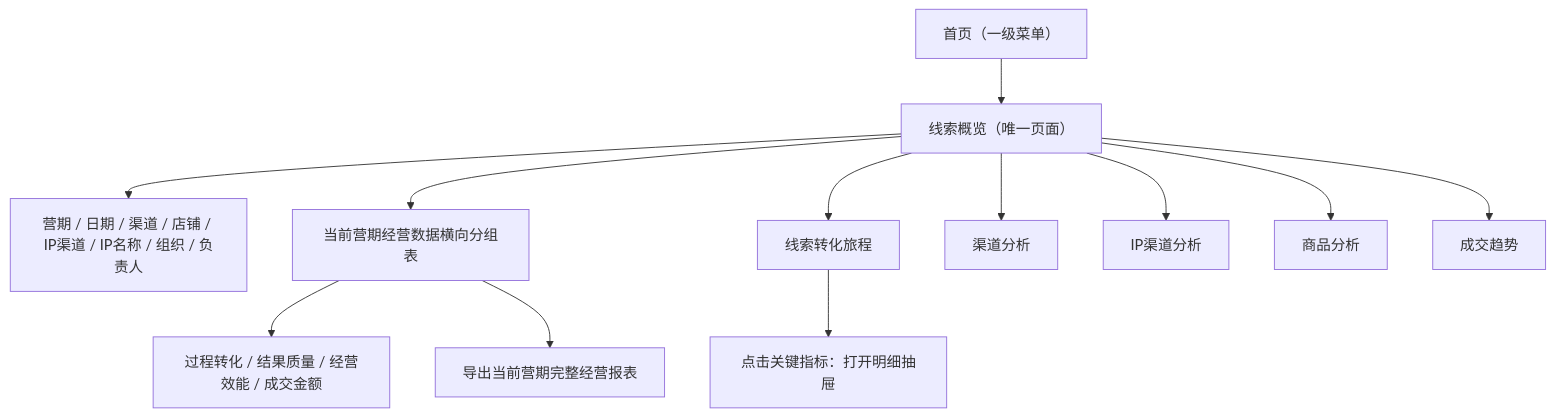
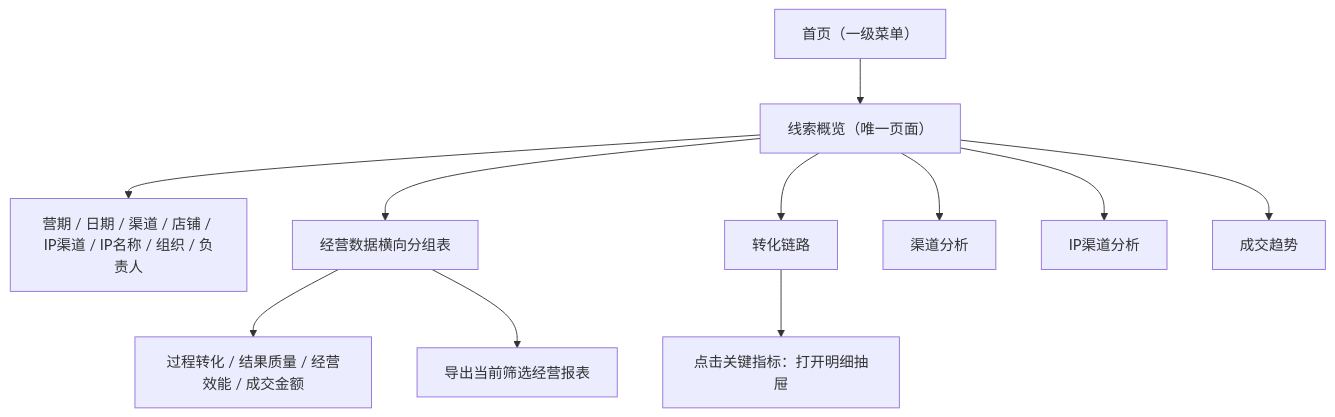
One commit to freya-pr/heshu-boss-demo changed the diagram in docs/product/合数BOSS V1.0首页需求文档.md. Above: the diagram before and after it, drawn with Mermaid. The commit also changed other lines of this file and 5 other files, not shown here.

````diff
--- a/docs/product/合数BOSS V1.0首页需求文档.md
+++ b/docs/product/合数BOSS V1.0首页需求文档.md
@@ -22,14 +26,13 @@
 ```mermaid
 flowchart TB
     HOME["首页（一级菜单）"] --> ANALYTICS["线索概览（唯一页面）"]
     ANALYTICS --> FILTER["营期 / 日期 / 渠道 / 店铺 / IP渠道 / IP名称 / 组织 / 负责人"]
-    ANALYTICS --> REPORT["当前营期经营数据横向分组表"]
-    ANALYTICS --> JOURNEY["线索转化旅程"]
+    ANALYTICS --> REPORT["经营数据横向分组表"]
+    ANALYTICS --> JOURNEY["转化链路"]
     JOURNEY --> DRILL["点击关键指标：打开明细抽屉"]
     REPORT --> MATRIX["过程转化 / 结果质量 / 经营效能 / 成交金额"]
     ANALYTICS --> CHANNEL["渠道分析"]
     ANALYTICS --> IP["IP渠道分析"]
-    ANALYTICS --> PRODUCT["商品分析"]
     ANALYTICS --> TREND["成交趋势"]
-    REPORT --> EXPORT["导出当前营期完整经营报表"]
+    REPORT --> EXPORT["导出当前筛选经营报表"]
 ```
````
